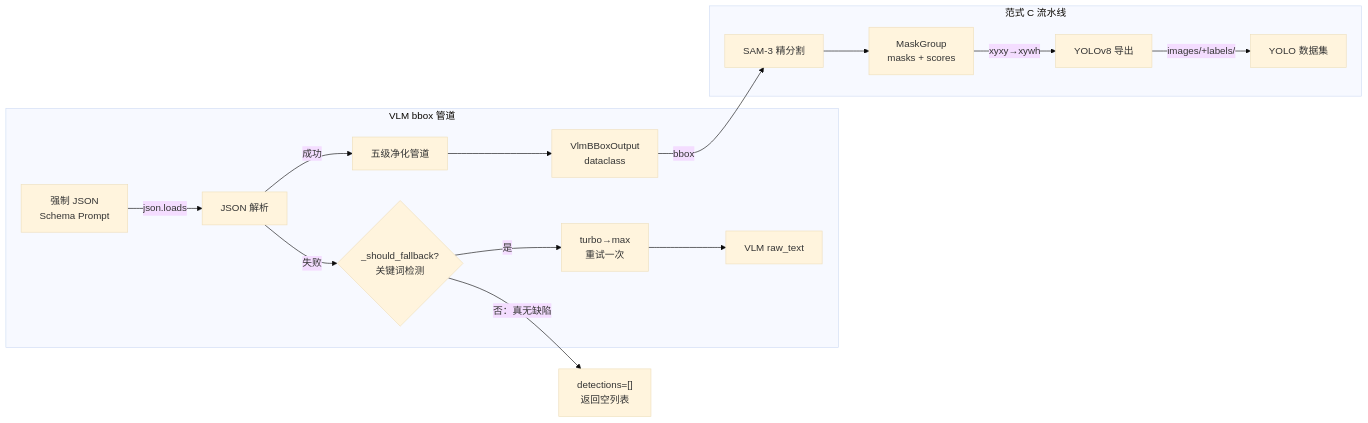
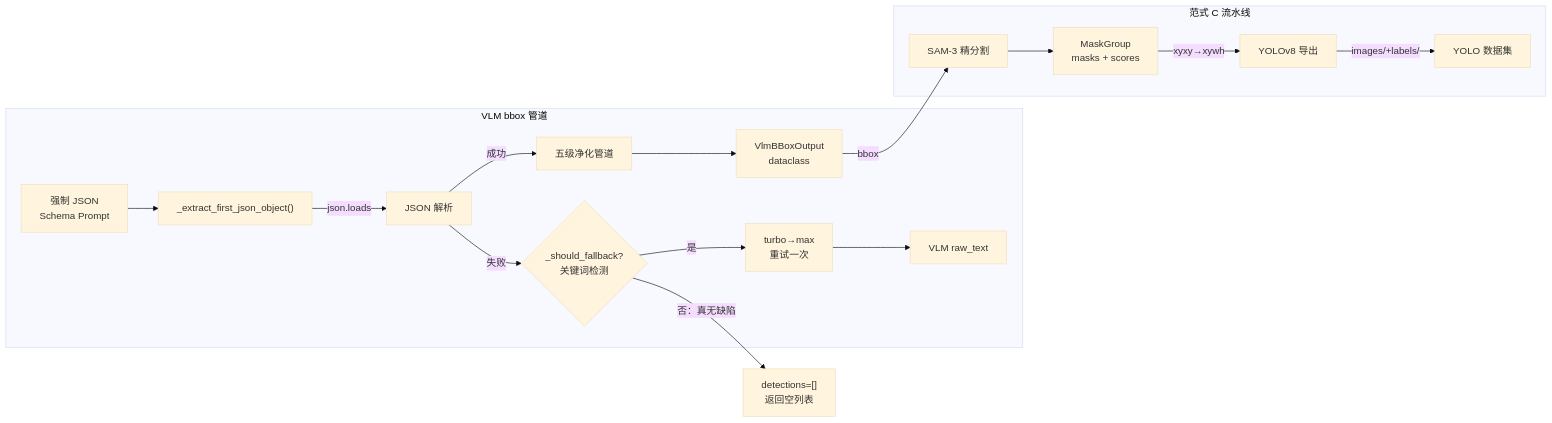
One commit to 2549227674/vlm-sam-industrial-vision changed the third of 4 diagrams in README.md. Above: the diagram before and after it, drawn with Mermaid (base theme). The commit also changed other lines of this file, not shown here.

Commit message:
docs(readme): fix structure accuracy and mermaid architecture maps

````diff
--- a/README.md
+++ b/README.md
@@ -204,22 +239,23 @@
 ```mermaid
 flowchart LR
     subgraph "VLM bbox 管道"
         RAW["VLM raw_text"]
         JSONP["强制 JSON<br/>Schema Prompt"]
-        JSONP -->|"json.loads"| PARSE["JSON 解析"]
+        EXTRACT["_extract_first_json_object()"]
+        JSONP --> EXTRACT -->|"json.loads"| PARSE["JSON 解析"]
         PARSE -->|"失败"| FALL{_should_fallback?<br/>关键词检测}
         FALL -->|"是"| RETRY["turbo→max<br/>重试一次"]
         RETRY --> RAW
         PARSE -->|"成功"| FIVE["五级净化管道"]
         FIVE --> OUT["VlmBBoxOutput<br/>dataclass"]
     end
 
     subgraph "范式 C 流水线"
         OUT -->|"bbox"| SAM3["SAM-3 精分割"]
         SAM3 --> MASK["MaskGroup<br/>masks + scores"]
         MASK -->|"xyxy→xywh"| EXP["YOLOv8 导出"]
         EXP -->|"images/+labels/"| DATA["YOLO 数据集"]
     end
 
     FALL -->|"否：真无缺陷"| EMPTY["detections=[]<br/>返回空列表"]
 ```
````
